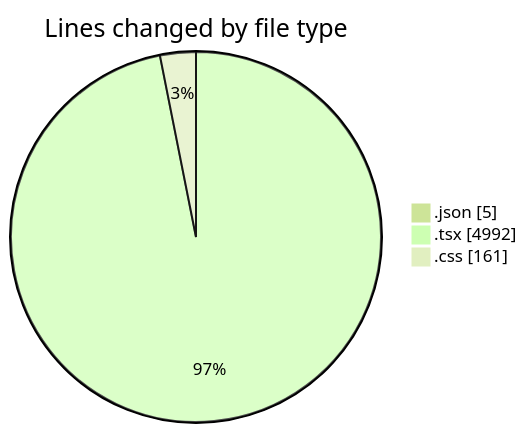
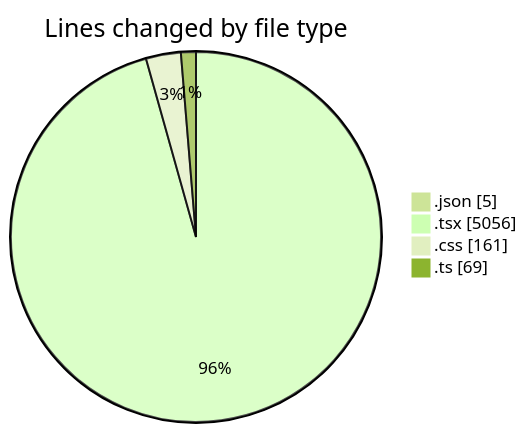
The first of 2 diagrams in 2025-05-29/advertise/README.md (Elitesun/code-tracking), drawn with Mermaid (forest theme) before and after one commit. The commit also changed other lines of this file and 1 other file, not shown here.

````diff
--- a/2025-05-29/advertise/README.md
+++ b/2025-05-29/advertise/README.md
@@ -40,7 +42,8 @@
 ```mermaid
 pie showData
 title Lines changed by file type
 ".json" : 5
-".tsx" : 4992
+".tsx" : 5056
 ".css" : 161
+".ts" : 69
 ```
````
